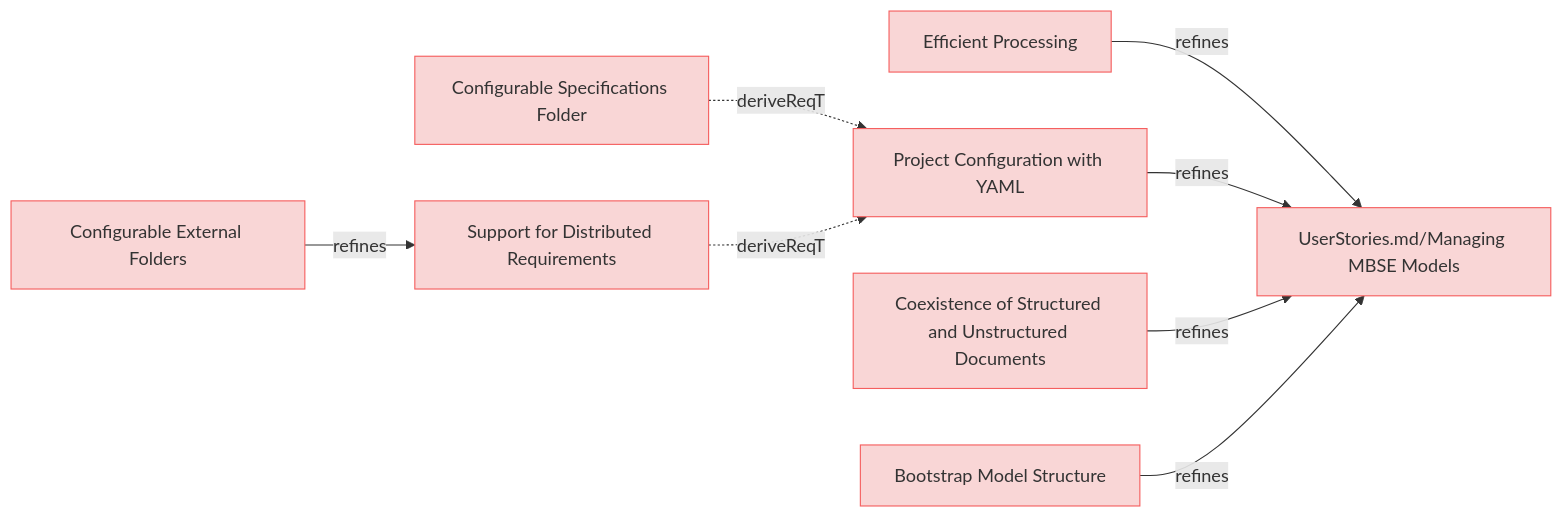
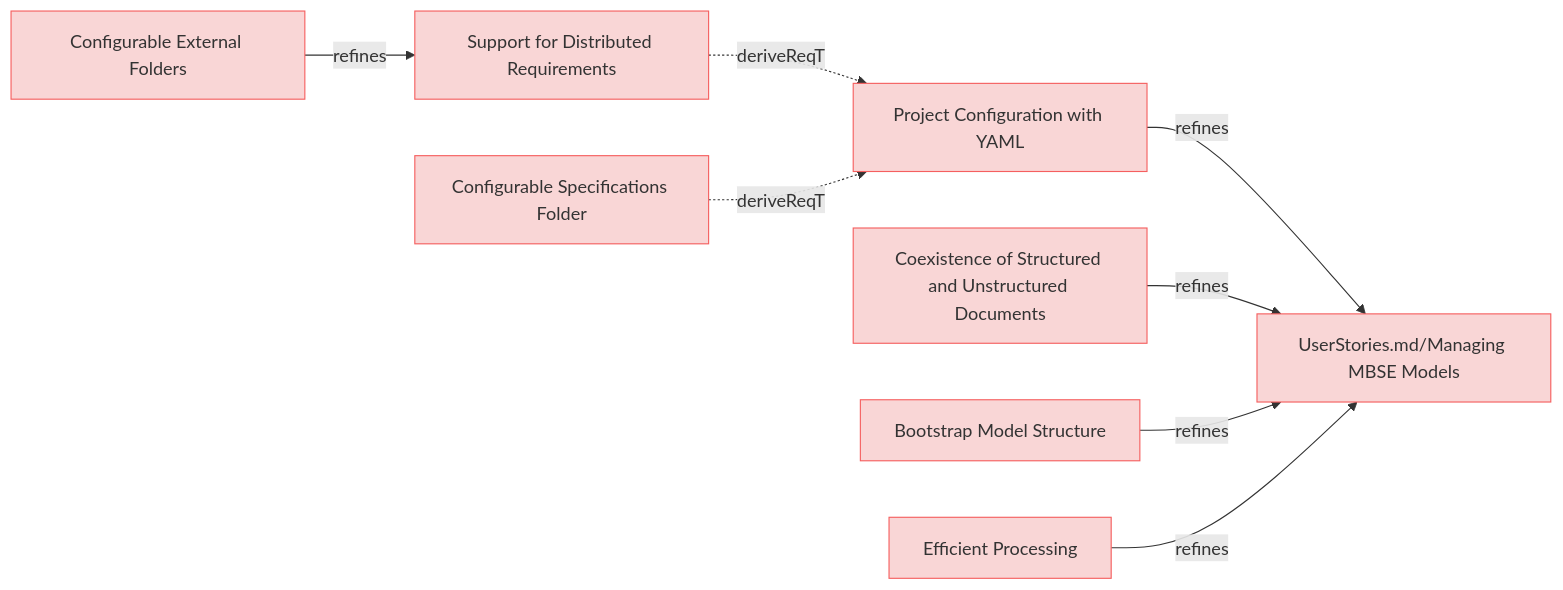
Before and after one commit to reqvire-org/reqvire: the diagram in specifications/ManagingMbseModelsRequirements.md, drawn with Mermaid. The commit also changed other lines of this file and 160 other files, not shown here.

````diff
--- a/specifications/ManagingMbseModelsRequirements.md
+++ b/specifications/ManagingMbseModelsRequirements.md
@@ -4,40 +4,40 @@
 ```mermaid
 graph LR;
   %% Graph styling
   classDef requirement fill:#f9d6d6,stroke:#f55f5f,stroke-width:1px;
   classDef verification fill:#d6f9d6,stroke:#5fd75f,stroke-width:1px;
   classDef externalLink fill:#d0e0ff,stroke:#3080ff,stroke-width:1px;
   classDef default fill:#f5f5f5,stroke:#333333,stroke-width:1px;
 
-  aac74edfeb367501["Efficient Processing"];
-  click aac74edfeb367501 "https://github.com/ilijaljubicic/ReqFlow/blob/73d5ae1d93adea71fdf4cc508be4d1ae09be068f/specifications/ManagingMbseModelsRequirements.md#efficient-processing";
-  class aac74edfeb367501 requirement;
-  a469d82e490f4e4["UserStories.md/Managing MBSE Models"];
-  class a469d82e490f4e4 requirement;
-  click a469d82e490f4e4 "https://github.com/ilijaljubicic/ReqFlow/blob/73d5ae1d93adea71fdf4cc508be4d1ae09be068f/specifications/UserStories.md#managing-mbse-models";
-  aac74edfeb367501 -->|refines| a469d82e490f4e4;
-  afba6897082c7c6a["Project Configuration with YAML"];
-  click afba6897082c7c6a "https://github.com/ilijaljubicic/ReqFlow/blob/73d5ae1d93adea71fdf4cc508be4d1ae09be068f/specifications/ManagingMbseModelsRequirements.md#project-configuration-with-yaml";
-  class afba6897082c7c6a requirement;
-  afba6897082c7c6a -->|refines| a469d82e490f4e4;
-  ecc3a81573b50a5c["Configurable External Folders"];
-  click ecc3a81573b50a5c "https://github.com/ilijaljubicic/ReqFlow/blob/73d5ae1d93adea71fdf4cc508be4d1ae09be068f/specifications/ManagingMbseModelsRequirements.md#configurable-external-folders";
-  class ecc3a81573b50a5c requirement;
-  fe433967471bc04f["Support for Distributed Requirements"];
-  class fe433967471bc04f requirement;
-  click fe433967471bc04f "https://github.com/ilijaljubicic/ReqFlow/blob/73d5ae1d93adea71fdf4cc508be4d1ae09be068f/specifications/ManagingMbseModelsRequirements.md#support-for-distributed-requirements";
-  ecc3a81573b50a5c -->|refines| fe433967471bc04f;
-  2a1b2c862241398["Configurable Specifications Folder"];
-  click 2a1b2c862241398 "https://github.com/ilijaljubicic/ReqFlow/blob/73d5ae1d93adea71fdf4cc508be4d1ae09be068f/specifications/ManagingMbseModelsRequirements.md#configurable-specifications-folder";
-  class 2a1b2c862241398 requirement;
-  2a1b2c862241398 -.->|deriveReqT| afba6897082c7c6a;
-  fe433967471bc04f -.->|deriveReqT| afba6897082c7c6a;
-  ab0a6601a5fb42c8["Coexistence of Structured and Unstructured Documents"];
-  click ab0a6601a5fb42c8 "https://github.com/ilijaljubicic/ReqFlow/blob/73d5ae1d93adea71fdf4cc508be4d1ae09be068f/specifications/ManagingMbseModelsRequirements.md#coexistence-of-structured-and-unstructured-documents";
-  class ab0a6601a5fb42c8 requirement;
-  ab0a6601a5fb42c8 -->|refines| a469d82e490f4e4;
-  20b88aa91dd68c24["Bootstrap Model Structure"];
-  click 20b88aa91dd68c24 "https://github.com/ilijaljubicic/ReqFlow/blob/73d5ae1d93adea71fdf4cc508be4d1ae09be068f/specifications/ManagingMbseModelsRequirements.md#bootstrap-model-structure";
-  class 20b88aa91dd68c24 requirement;
-  20b88aa91dd68c24 -->|refines| a469d82e490f4e4;
+  1355222227e76540["Support for Distributed Requirements"];
+  click 1355222227e76540 "https://github.com/ilijaljubicic/Reqvire/blob/8a68ca1eab81bac7964085e47777a0a92447c6a5/specifications/ManagingMbseModelsRequirements.md#support-for-distributed-requirements";
+  class 1355222227e76540 requirement;
+  fbe7e0d3b82611ef["Project Configuration with YAML"];
+  class fbe7e0d3b82611ef requirement;
+  click fbe7e0d3b82611ef "https://github.com/ilijaljubicic/Reqvire/blob/8a68ca1eab81bac7964085e47777a0a92447c6a5/specifications/ManagingMbseModelsRequirements.md#project-configuration-with-yaml";
+  1355222227e76540 -.->|deriveReqT| fbe7e0d3b82611ef;
+  1902659ed14c4615["UserStories.md/Managing MBSE Models"];
+  class 1902659ed14c4615 requirement;
+  click 1902659ed14c4615 "https://github.com/ilijaljubicic/Reqvire/blob/8a68ca1eab81bac7964085e47777a0a92447c6a5/specifications/UserStories.md#managing-mbse-models";
+  fbe7e0d3b82611ef -->|refines| 1902659ed14c4615;
+  f645de527a1eb977["Configurable External Folders"];
+  click f645de527a1eb977 "https://github.com/ilijaljubicic/Reqvire/blob/8a68ca1eab81bac7964085e47777a0a92447c6a5/specifications/ManagingMbseModelsRequirements.md#configurable-external-folders";
+  class f645de527a1eb977 requirement;
+  f645de527a1eb977 -->|refines| 1355222227e76540;
+  a67f325ec6416b1d["Coexistence of Structured and Unstructured Documents"];
+  click a67f325ec6416b1d "https://github.com/ilijaljubicic/Reqvire/blob/8a68ca1eab81bac7964085e47777a0a92447c6a5/specifications/ManagingMbseModelsRequirements.md#coexistence-of-structured-and-unstructured-documents";
+  class a67f325ec6416b1d requirement;
+  a67f325ec6416b1d -->|refines| 1902659ed14c4615;
+  cfe4bd1a448c3930["Configurable Specifications Folder"];
+  click cfe4bd1a448c3930 "https://github.com/ilijaljubicic/Reqvire/blob/8a68ca1eab81bac7964085e47777a0a92447c6a5/specifications/ManagingMbseModelsRequirements.md#configurable-specifications-folder";
+  class cfe4bd1a448c3930 requirement;
+  cfe4bd1a448c3930 -.->|deriveReqT| fbe7e0d3b82611ef;
+  6c00ff29cf036776["Bootstrap Model Structure"];
+  click 6c00ff29cf036776 "https://github.com/ilijaljubicic/Reqvire/blob/8a68ca1eab81bac7964085e47777a0a92447c6a5/specifications/ManagingMbseModelsRequirements.md#bootstrap-model-structure";
+  class 6c00ff29cf036776 requirement;
+  6c00ff29cf036776 -->|refines| 1902659ed14c4615;
+  b6c8faf2d138c14a["Efficient Processing"];
+  click b6c8faf2d138c14a "https://github.com/ilijaljubicic/Reqvire/blob/8a68ca1eab81bac7964085e47777a0a92447c6a5/specifications/ManagingMbseModelsRequirements.md#efficient-processing";
+  class b6c8faf2d138c14a requirement;
+  b6c8faf2d138c14a -->|refines| 1902659ed14c4615;
 ```
````
